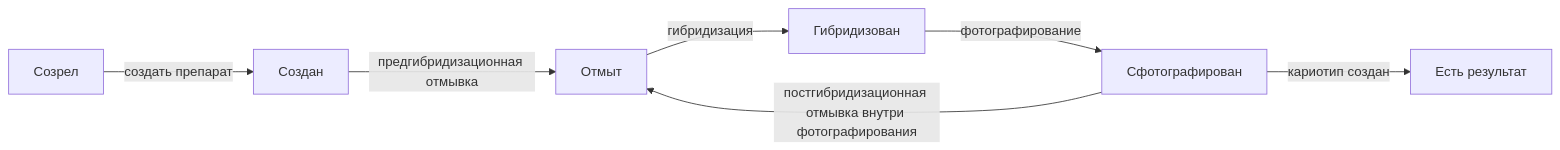
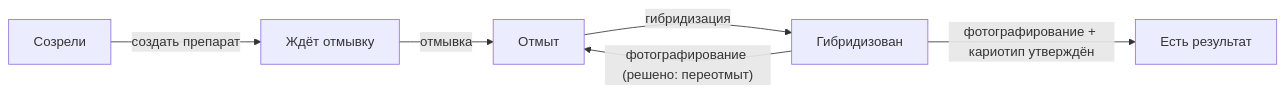
One commit to Sycheslav/karyolab changed the diagram in docs/журнал/09_прогресс_и_поиск_висяков.md. Above: the diagram before and after it, drawn with Mermaid. The commit also changed other lines of this file and 174 other files, not shown here.

Commit message:
Remove unused canvas file, update graph scaling in configuration, and enhance documentation on karyotype and anomaly classifications. Introduce saved comparison feature for better data management and improve event handling in the workflow.

````diff
--- a/docs/журнал/09_прогресс_и_поиск_висяков.md
+++ b/docs/журнал/09_прогресс_и_поиск_висяков.md
@@ -35,16 +38,14 @@
 ```mermaid
 flowchart LR
-    Mature["Созрел"]
-    Slide["Создан"]
+    Mature["Созрели"]
+    Slide["Ждёт отмывку"]
     Washed["Отмыт"]
     Hybridized["Гибридизован"]
-    Photographed["Сфотографирован"]
     Result["Есть результат"]
 
     Mature -->|"создать препарат"| Slide
-    Slide -->|"предгибридизационная отмывка"| Washed
+    Slide -->|"отмывка"| Washed
     Washed -->|"гибридизация"| Hybridized
-    Hybridized -->|"фотографирование"| Photographed
-    Photographed -->|"кариотип создан"| Result
-    Photographed -->|"постгибридизационная отмывка внутри фотографирования"| Washed
+    Hybridized -->|"фотографирование (решено: переотмыт)"| Washed
+    Hybridized -->|"фотографирование + кариотип утверждён"| Result
 ```
````
